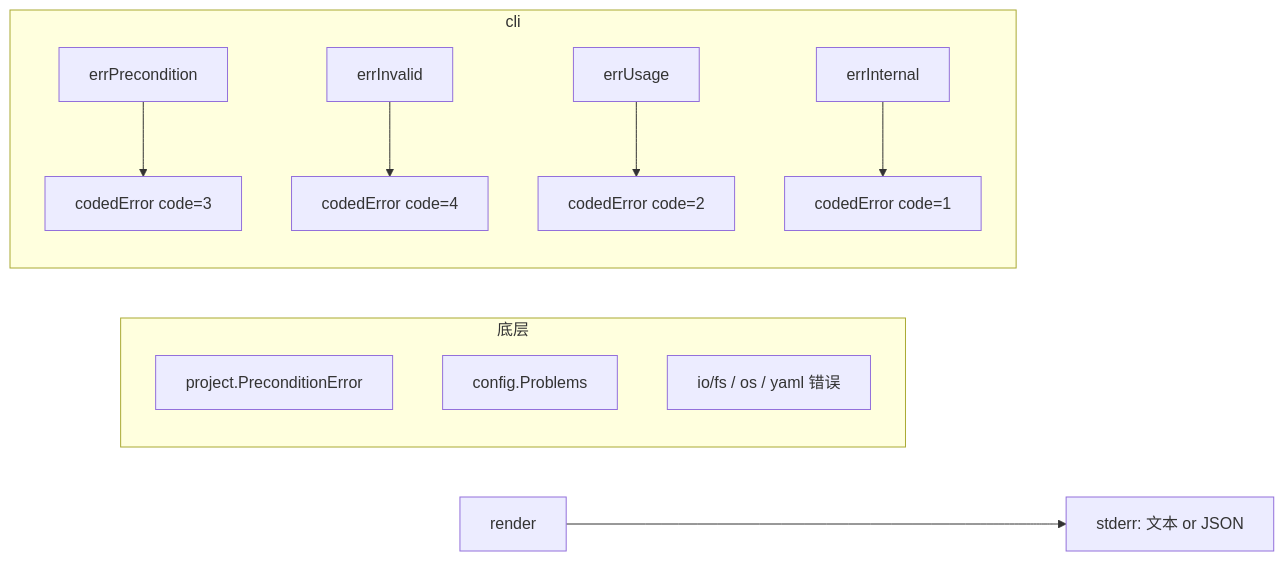
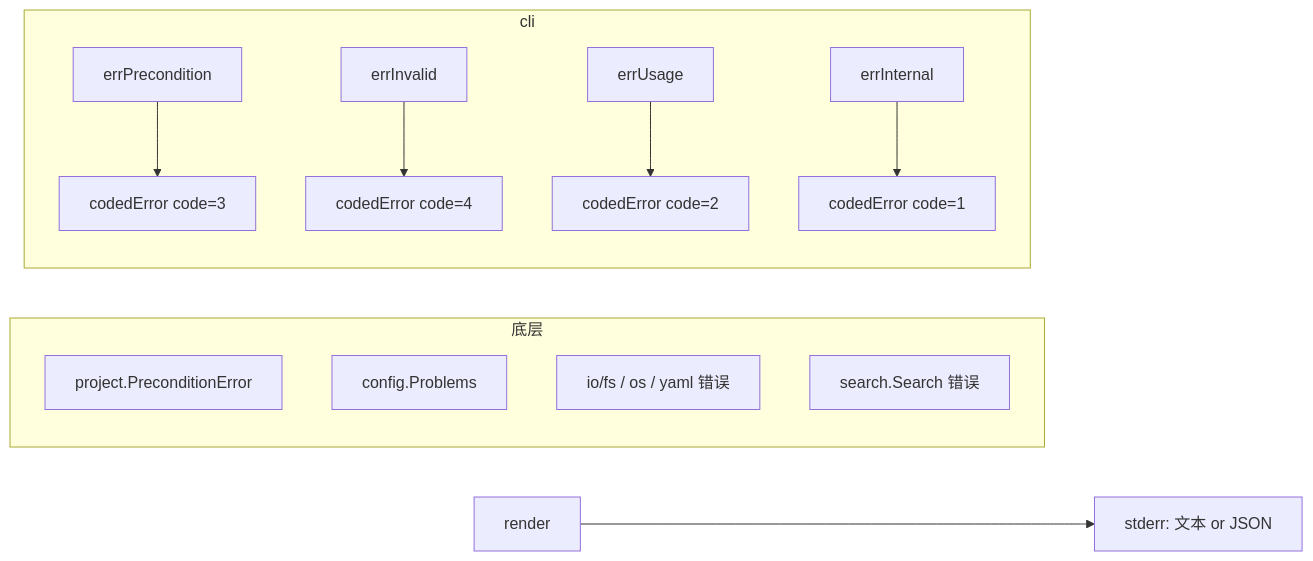
One commit to JAYY513/Workloom changed the third of 3 diagrams in docs/repowiki/knowledge/项目接入与配置/架构设计.md. Above: the diagram before and after it, drawn with Mermaid. The commit also changed other lines of this file and 22 other files, not shown here.

````diff
--- a/docs/repowiki/knowledge/项目接入与配置/架构设计.md
+++ b/docs/repowiki/knowledge/项目接入与配置/架构设计.md
@@ -93,15 +109,16 @@
 ```mermaid
 flowchart LR
   subgraph 底层
     P1[project.PreconditionError]
     P2[config.Problems]
     P3[io/fs / os / yaml 错误]
+    S1[search.Search 错误]
   end
   subgraph cli
     W[errPrecondition] --> CE1[codedError code=3]
     V[errInvalid] --> CE2[codedError code=4]
     U[errUsage] --> CE3[codedError code=2]
     I[errInternal] --> CE4[codedError code=1]
   end
   R[render] --> Out[stderr: 文本 or JSON]
 ```
````
